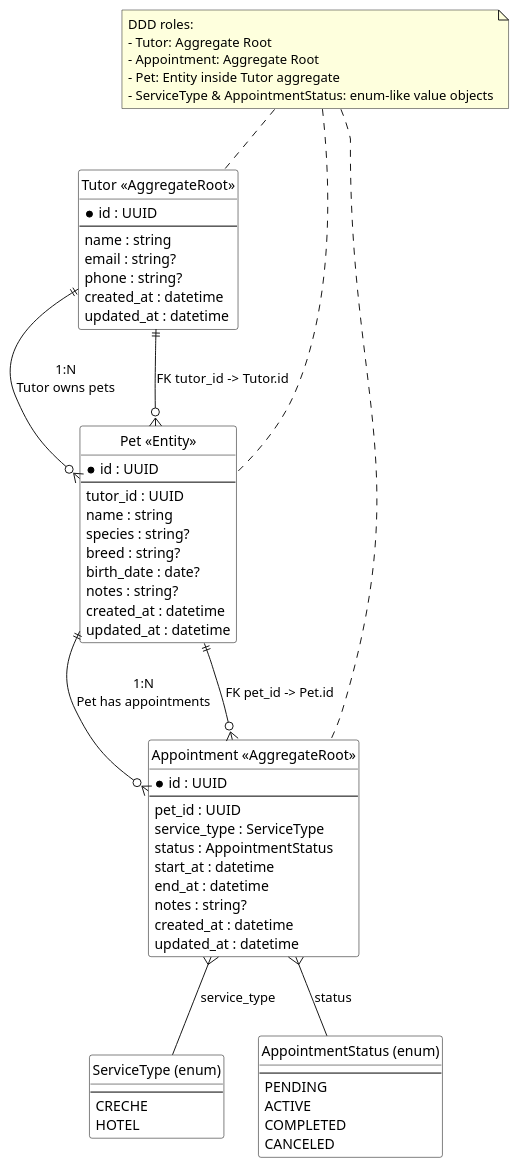
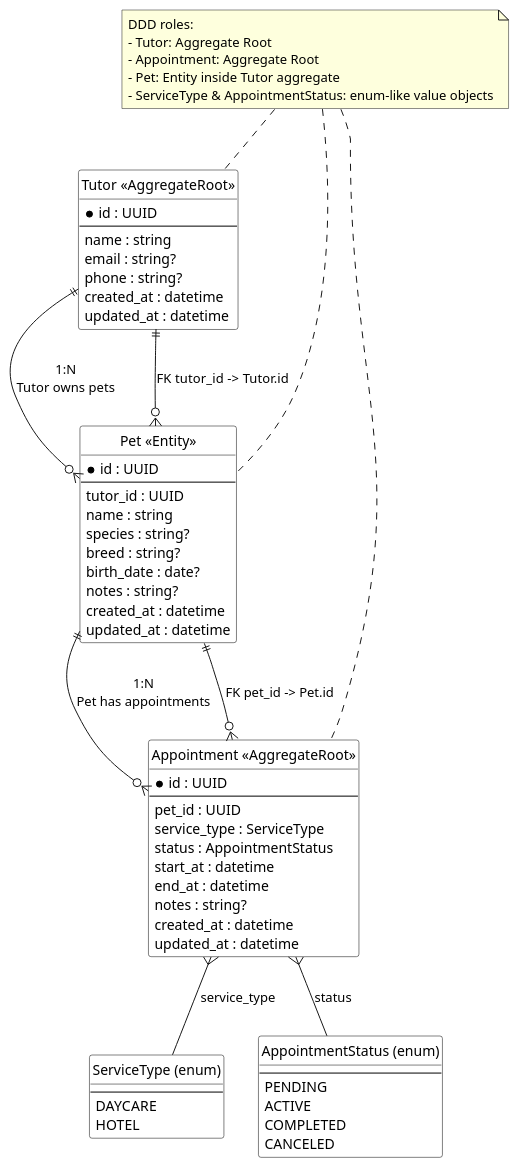
One commit to DenisWm/petwise-mvp changed the diagram in docs/architecture/domain/erd.puml. Above: the diagram before and after it, drawn with PlantUML. The commit also changed 68 other files, not shown here.

```diff
--- a/docs/architecture/domain/erd.puml
+++ b/docs/architecture/domain/erd.puml
@@ -1,82 +1,82 @@
 @startuml
 ' Simple ERD for PetWise MVP with DDD hints (Aggregate Roots / Entities)
 
 hide circle
 skinparam class {
   BackgroundColor White
   BorderColor Black
 }
 
 ' Aggregate Roots and Entities
 
 entity "Tutor <<AggregateRoot>>" as Tutor {
   * id : UUID
   --
   name : string
   email : string?
   phone : string?
   created_at : datetime
   updated_at : datetime
 }
 
 entity "Pet <<Entity>>" as Pet {
   * id : UUID
   --
   tutor_id : UUID
   name : string
   species : string?
   breed : string?
   birth_date : date?
   notes : string?
   created_at : datetime
   updated_at : datetime
 }
 
 entity "Appointment <<AggregateRoot>>" as Appointment {
   * id : UUID
   --
   pet_id : UUID
   service_type : ServiceType
   status : AppointmentStatus
   start_at : datetime
   end_at : datetime
   notes : string?
   created_at : datetime
   updated_at : datetime
 }
 
 ' Enum-like value objects
 
 entity "ServiceType (enum)" as ServiceType {
   --
-  CRECHE
+  DAYCARE
   HOTEL
 }
 
 entity "AppointmentStatus (enum)" as AppointmentStatus {
   --
   PENDING
   ACTIVE
   COMPLETED
   CANCELED
 }
 
 ' Relationships (logical model)
 
 Tutor ||--o{ Pet : "1:N\nTutor owns pets"
 Pet   ||--o{ Appointment : "1:N\nPet has appointments"
 
 Appointment }o--|| Pet : "FK pet_id -> Pet.id"
 Pet }o--|| Tutor : "FK tutor_id -> Tutor.id"
 
 ' Status / type as value-like references
 Appointment }-- ServiceType : "service_type"
 Appointment }-- AppointmentStatus : "status"
 
 ' DDD note
 note "DDD roles:\n- Tutor: Aggregate Root\n- Appointment: Aggregate Root\n- Pet: Entity inside Tutor aggregate\n- ServiceType & AppointmentStatus: enum-like value objects" as DDD
 DDD .. Tutor
 DDD .. Pet
 DDD .. Appointment
 
 @enduml
```
